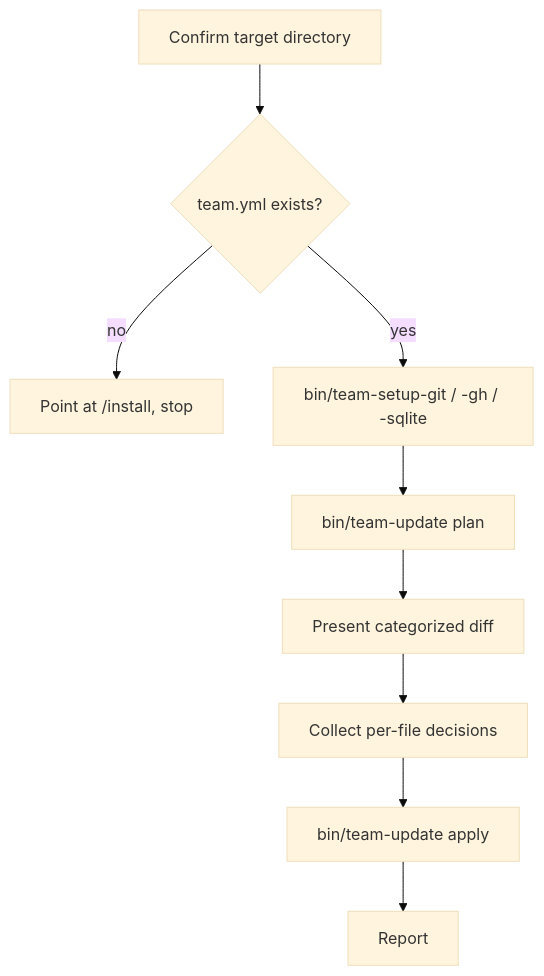
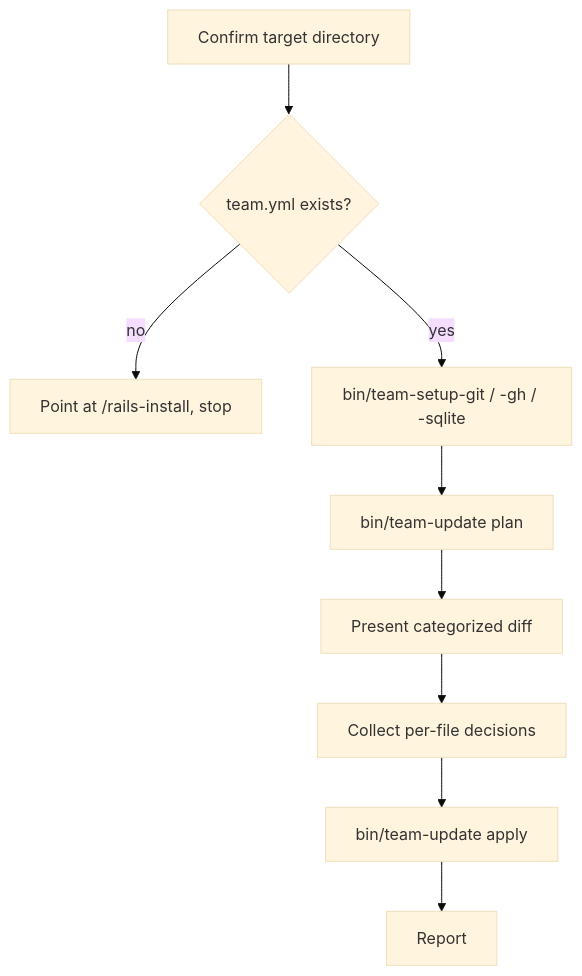
The second of 2 diagrams in docs/updates.md (revans/rails-agentic-engineering-team), drawn with Mermaid (base theme) before and after one commit. The commit also changed other lines of this file and 27 other files, not shown here.

First line of the commit message:
Prefix install/update/deploy commands and installer/updater agents with rails-

````diff
--- a/docs/updates.md
+++ b/docs/updates.md
@@ -56,11 +56,11 @@
 ```mermaid
 flowchart TD
     A[Confirm target directory] --> B{team.yml exists?}
-    B -->|no| Z[Point at /install, stop]
+    B -->|no| Z[Point at /rails-install, stop]
     B -->|yes| C["bin/team-setup-git / -gh / -sqlite"]
     C --> D["bin/team-update plan"]
     D --> E[Present categorized diff]
     E --> F[Collect per-file decisions]
     F --> G["bin/team-update apply"]
     G --> H[Report]
 ```
````
